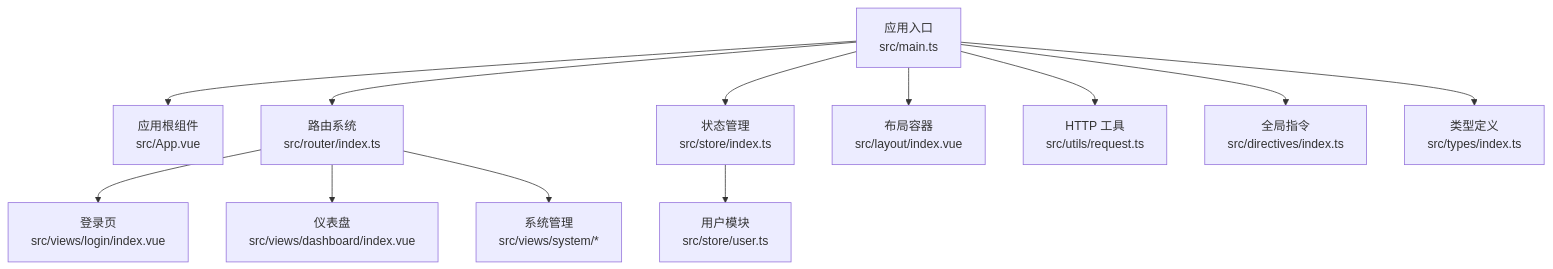
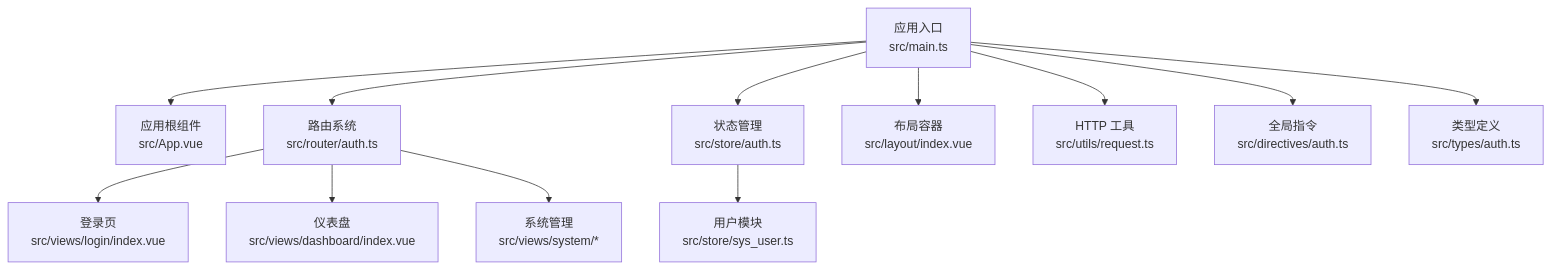
Before and after one commit to qiseyun/vue-ts-admin: the first of 2 diagrams in .qoder/repowiki/zh/content/快速开始.md, drawn with Mermaid. The commit also changed other lines of this file and 42 other files, not shown here.

````diff
--- a/.qoder/repowiki/zh/content/快速开始.md
+++ b/.qoder/repowiki/zh/content/快速开始.md
@@ -52,14 +52,14 @@
 ```mermaid
 graph TB
 A["应用入口<br/>src/main.ts"] --> B["应用根组件<br/>src/App.vue"]
-A --> C["路由系统<br/>src/router/index.ts"]
-A --> D["状态管理<br/>src/store/index.ts"]
+A --> C["路由系统<br/>src/router/auth.ts"]
+A --> D["状态管理<br/>src/store/auth.ts"]
 A --> E["布局容器<br/>src/layout/index.vue"]
 C --> F["登录页<br/>src/views/login/index.vue"]
 C --> G["仪表盘<br/>src/views/dashboard/index.vue"]
 C --> H["系统管理<br/>src/views/system/*"]
-D --> I["用户模块<br/>src/store/user.ts"]
+D --> I["用户模块<br/>src/store/sys_user.ts"]
 A --> J["HTTP 工具<br/>src/utils/request.ts"]
-A --> K["全局指令<br/>src/directives/index.ts"]
-A --> L["类型定义<br/>src/types/index.ts"]
+A --> K["全局指令<br/>src/directives/auth.ts"]
+A --> L["类型定义<br/>src/types/auth.ts"]
 ```
````
